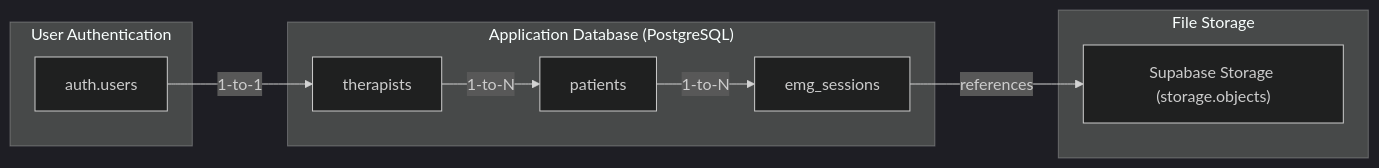
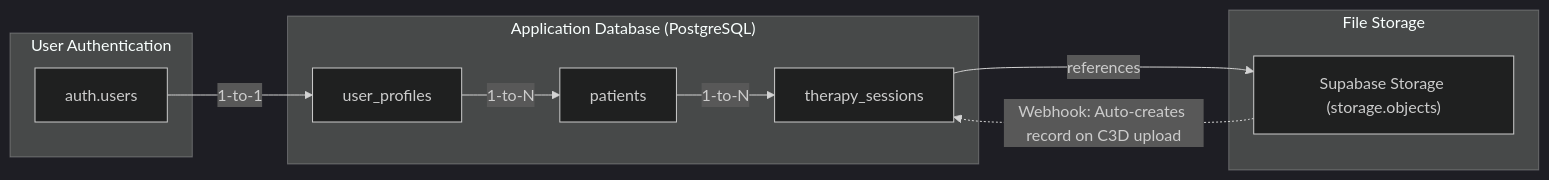
The first of 2 diagrams in README.md (ggustin93/ghostly-supabase-poc-csharp), drawn with Mermaid (dark theme) before and after one commit. The commit also changed other lines of this file and 3 other files, not shown here.

````diff
--- a/README.md
+++ b/README.md
@@ -80,21 +166,22 @@
 ```mermaid
 graph LR
     subgraph "User Authentication"
         Auth["auth.users"]
     end
 
     subgraph "Application Database (PostgreSQL)"
-        Therapists["therapists"]
+        UserProfiles["user_profiles"]
         Patients["patients"]
-        EMGSessions["emg_sessions"]
+        TherapySessions["therapy_sessions"]
     end
 
     subgraph "File Storage"
         Storage["Supabase Storage (storage.objects)"]
     end
 
-    Auth -- "1-to-1" --> Therapists
-    Therapists -- "1-to-N" --> Patients
-    Patients -- "1-to-N" --> EMGSessions
-    EMGSessions -- "references" --> Storage
+    Auth -- "1-to-1" --> UserProfiles
+    UserProfiles -- "1-to-N" --> Patients
+    Patients -- "1-to-N" --> TherapySessions
+    TherapySessions -- "references" --> Storage
+    Storage -.->|"Webhook: Auto-creates record on C3D upload"| TherapySessions
 ```
````
